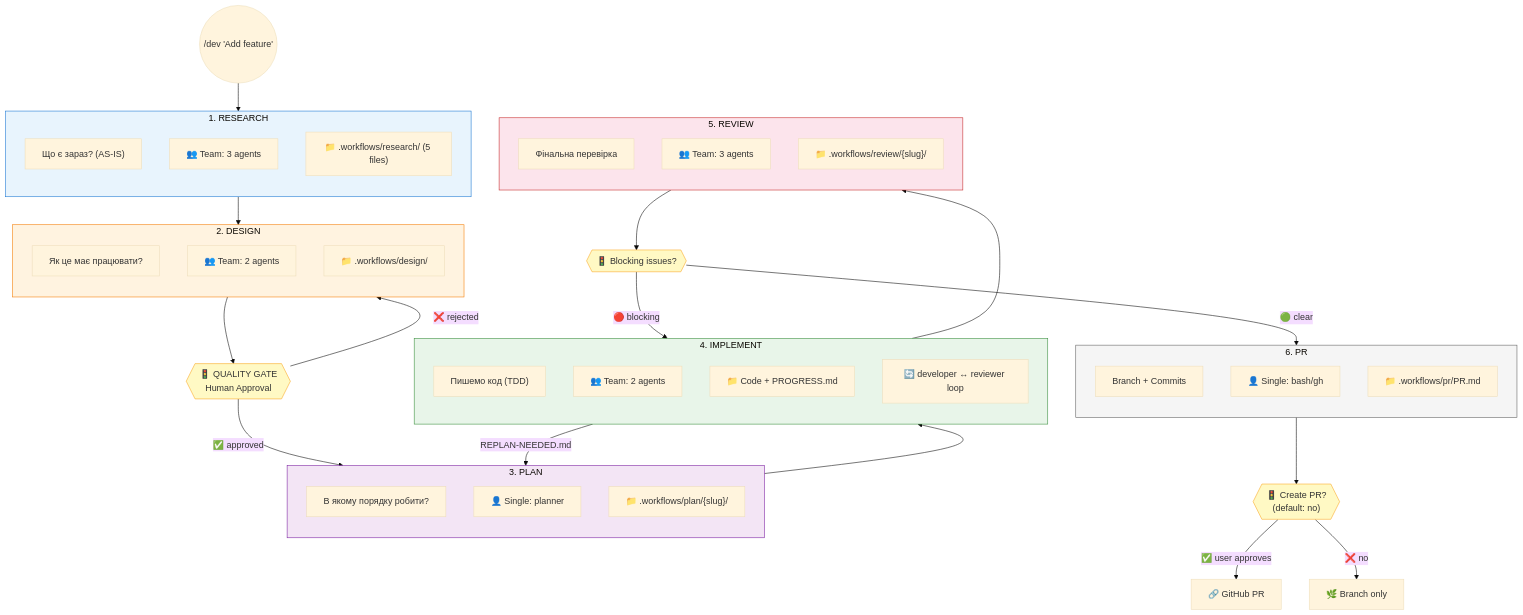
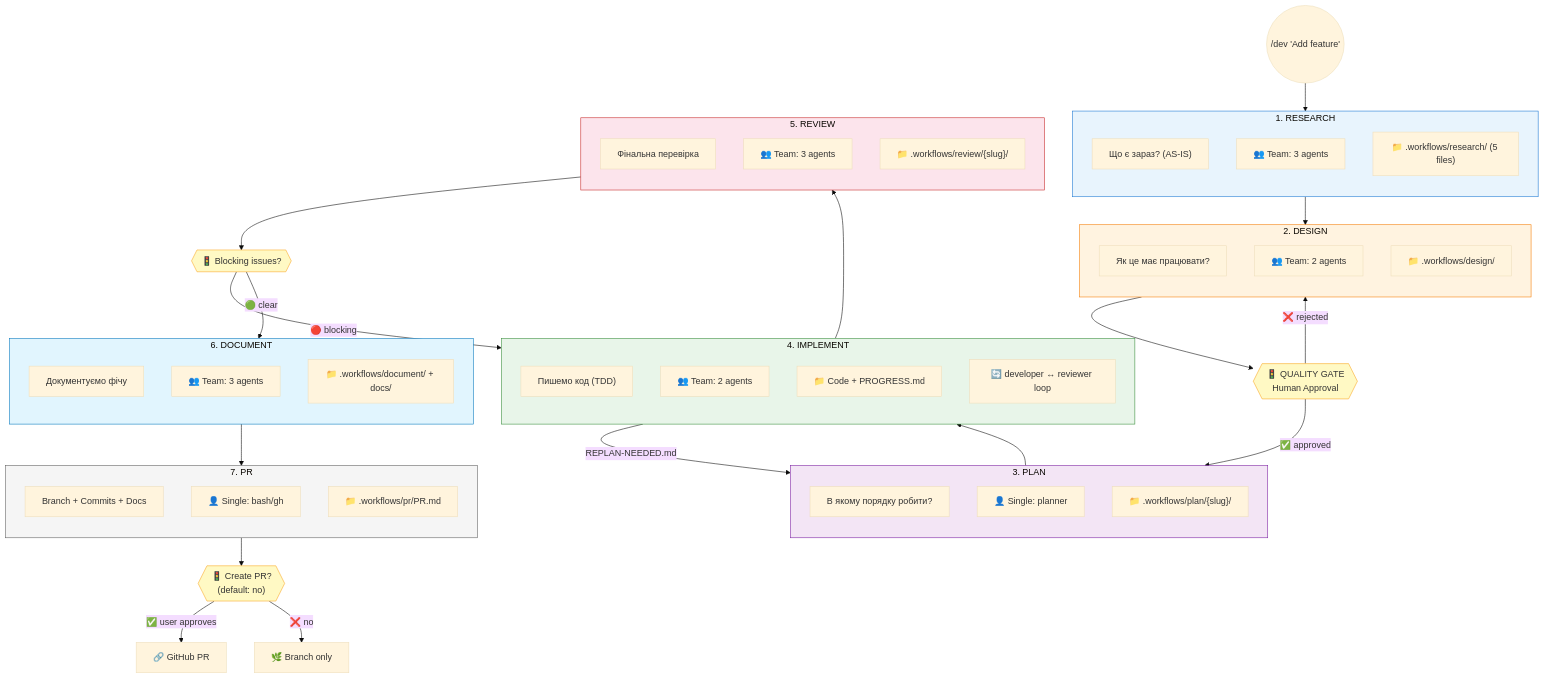
One commit to ikovinski/Claude changed the first of 14 diagrams in docs/dev-workflow/diagrams.md. Above: the diagram before and after it, drawn with Mermaid (base theme). The commit also changed other lines of this file and 10 other files, not shown here.

```diff
--- a/docs/dev-workflow/diagrams.md
+++ b/docs/dev-workflow/diagrams.md
@@ -59,11 +59,20 @@
 
     REV --> QG2{{"🚦 Blocking issues?"}}
     QG2 -->|"🔴 blocking"| I
-    QG2 -->|"🟢 clear"| PR
+    QG2 -->|"🟢 clear"| DOC
 
-    subgraph PR["6. PR"]
+    subgraph DOC["6. DOCUMENT"]
         direction TB
-        PR_DESC["Branch + Commits"]
+        DOC_DESC["Документуємо фічу"]
+        DOC_TEAM["👥 Team: 3 agents"]
+        DOC_OUT["📁 .workflows/document/ + docs/"]
+    end
+
+    DOC --> PR
+
+    subgraph PR["7. PR"]
+        direction TB
+        PR_DESC["Branch + Commits + Docs"]
         PR_TEAM["👤 Single: bash/gh"]
         PR_OUT["📁 .workflows/pr/PR.md"]
     end
@@ -77,6 +86,7 @@
     style P fill:#f3e5f5,stroke:#7b1fa2
     style I fill:#e8f5e9,stroke:#388e3c
     style REV fill:#fce4ec,stroke:#c62828
+    style DOC fill:#e1f5fe,stroke:#0277bd
     style PR fill:#f5f5f5,stroke:#616161
     style QG1 fill:#fff9c4,stroke:#f9a825
     style QG2 fill:#fff9c4,stroke:#f9a825
```
